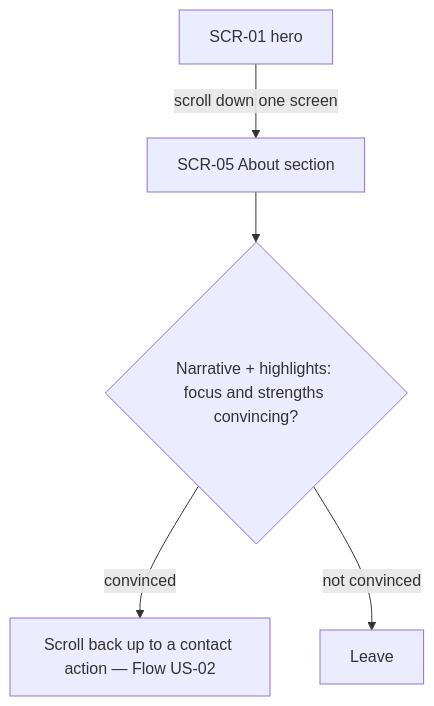
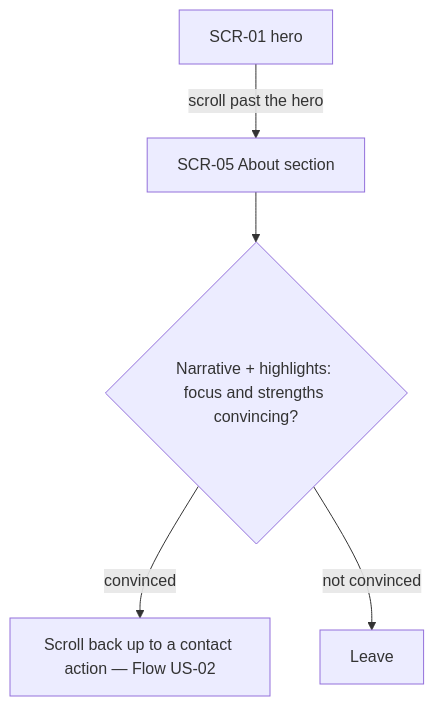
The fifth of 5 diagrams in docs/features/personal-landing/ux-flows.md (financeasist/personal-page), drawn with Mermaid before and after one commit. The commit also changed other lines of this file and 7 other files, not shown here.

````diff
--- a/docs/features/personal-landing/ux-flows.md
+++ b/docs/features/personal-landing/ux-flows.md
@@ -142,7 +148,7 @@
 ```mermaid
 flowchart TD
-    A["SCR-01 hero"] -->|"scroll down one screen"| B["SCR-05 About section"]
+    A["SCR-01 hero"] -->|"scroll past the hero"| B["SCR-05 About section"]
     B --> C{"Narrative + highlights: focus and strengths convincing?"}
     C -->|"convinced"| D["Scroll back up to a contact action — Flow US-02"]
     C -->|"not convinced"| E["Leave"]
 ```
````
